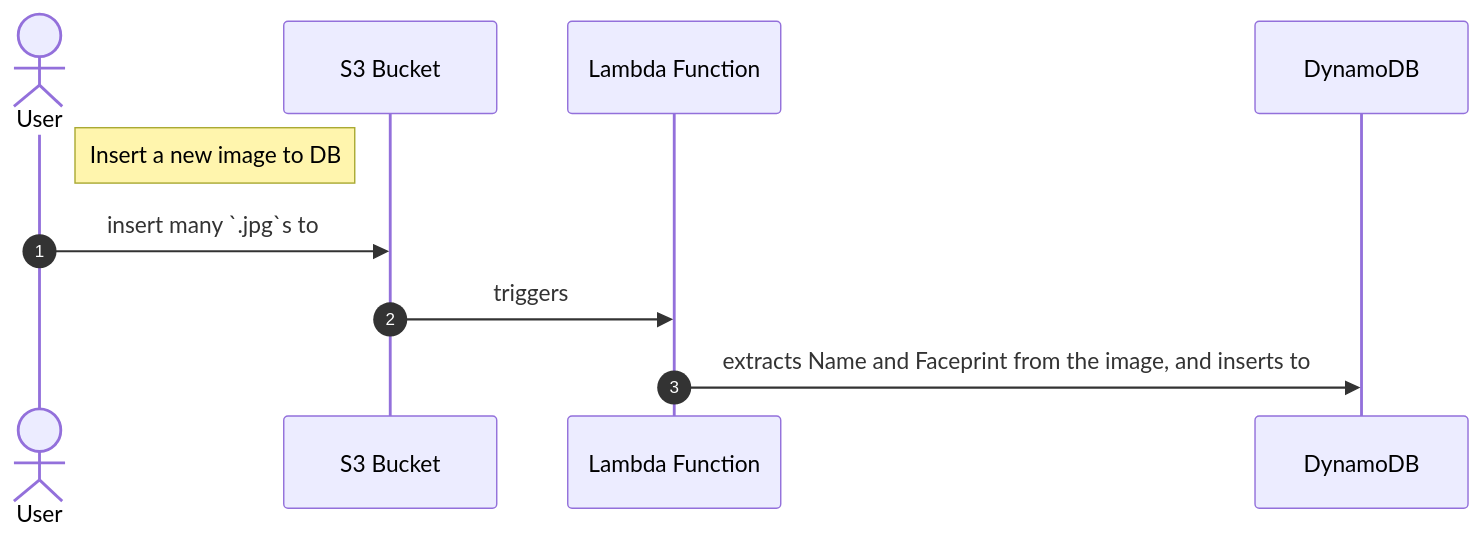
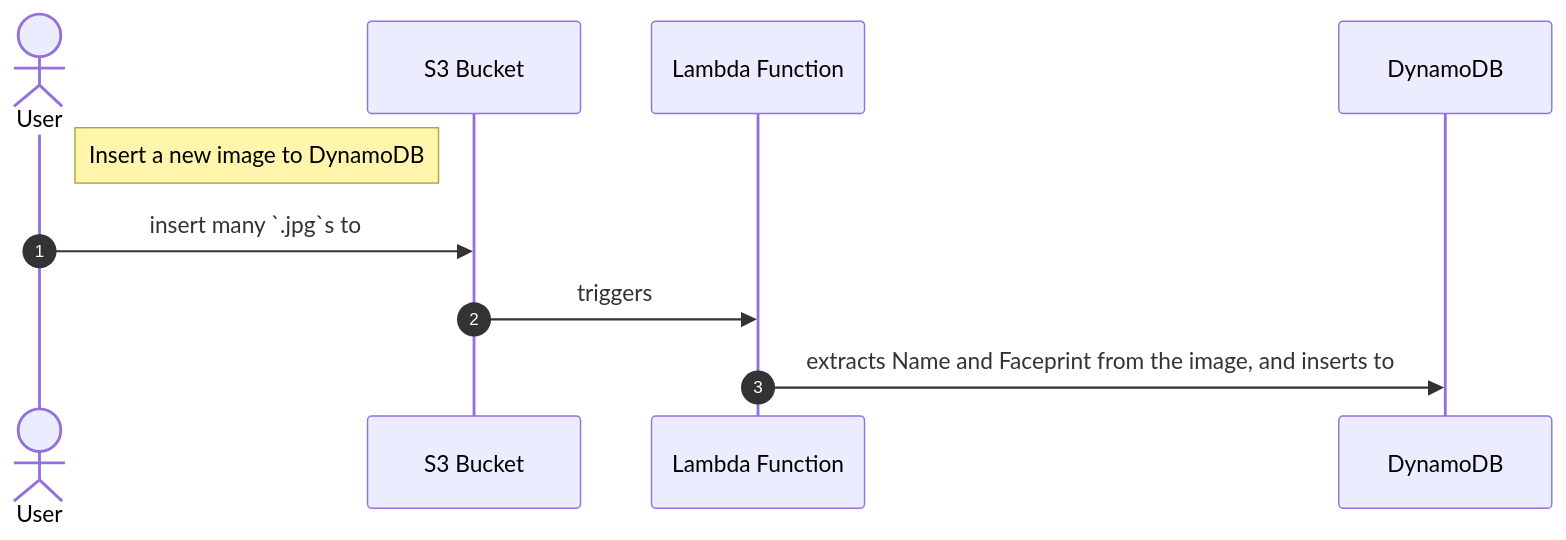
The second of 3 diagrams in README.md (taljacob2/amazon-rekognition-example), drawn with Mermaid before and after one commit. The commit also changed other lines of this file, not shown here.

````diff
--- a/README.md
+++ b/README.md
@@ -64,16 +67,16 @@
 ```mermaid
 sequenceDiagram
     autonumber
     
     actor U as User
-    note right of U: Insert a new image to DB
+    note right of U: Insert a new image to DynamoDB
         
     participant S3 as S3 Bucket
     participant LambdaFunction as Lambda Function
     participant DynamoDB
     
     U->>S3: insert many `.jpg`s to
     S3->>LambdaFunction: triggers
     LambdaFunction->>DynamoDB: extracts Name and Faceprint from the image, and inserts to
     
 ```
````
